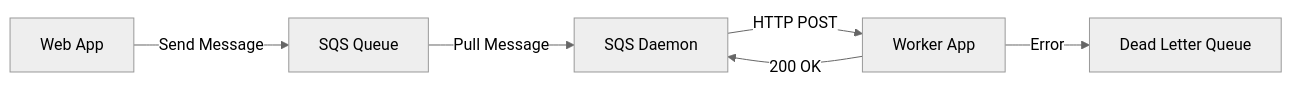
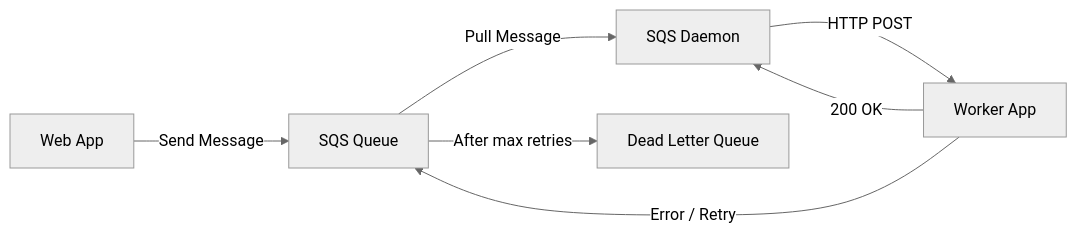
Before and after one commit to OneUptime/blog: the diagram in posts/2026-02-12-set-up-elastic-beanstalk-worker-environments/README.md, drawn with Mermaid (neutral theme). The commit also changed other lines of this file and 2 other files, not shown here.

````diff
--- a/posts/2026-02-12-set-up-elastic-beanstalk-worker-environments/README.md
+++ b/posts/2026-02-12-set-up-elastic-beanstalk-worker-environments/README.md
@@ -19,8 +19,9 @@
 ```mermaid
 graph LR
     A[Web App] -->|Send Message| B[SQS Queue]
     B -->|Pull Message| C[SQS Daemon]
     C -->|HTTP POST| D[Worker App]
     D -->|200 OK| C
-    D -->|Error| E[Dead Letter Queue]
+    D -->|Error / Retry| B
+    B -->|After max retries| E[Dead Letter Queue]
 ```
````
